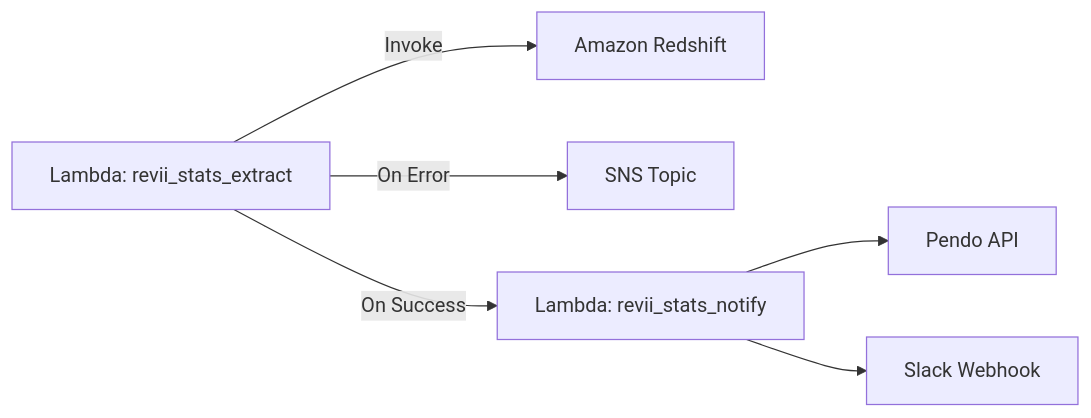
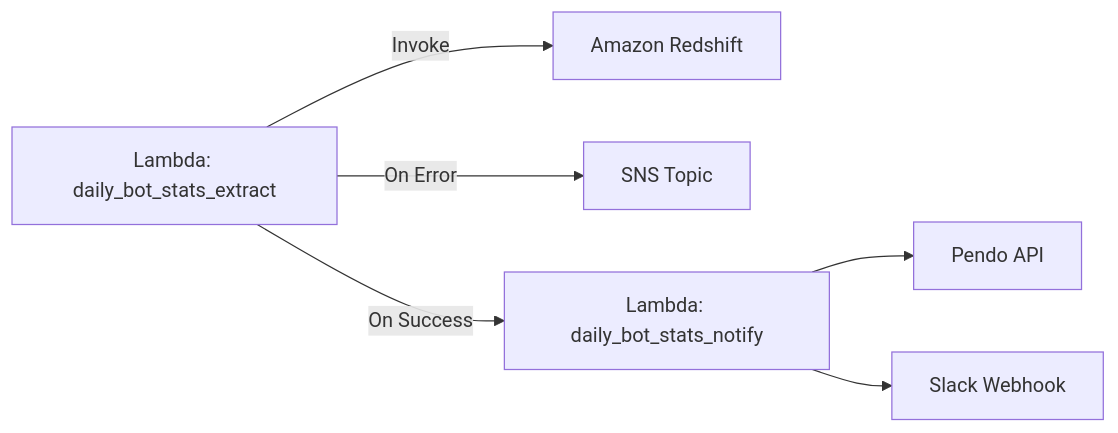
The diagram in README.md (huynhhoachung/daily_stats_bot), drawn with Mermaid before and after one commit. The commit also changed other lines of this file, not shown here.

````diff
--- a/README.md
+++ b/README.md
@@ -7,8 +7,8 @@
 ```mermaid
 flowchart LR
-    A[Lambda: revii_stats_extract] -->|Invoke| B[Amazon Redshift]
+    A[Lambda: daily_bot_stats_extract] -->|Invoke| B[Amazon Redshift]
     A -->|On Error| C[SNS Topic]
-    A -->|On Success| D[Lambda: revii_stats_notify]
+    A -->|On Success| D[Lambda: daily_bot_stats_notify]
     D --> E[Pendo API]
     D --> F[Slack Webhook]
 ```
````
